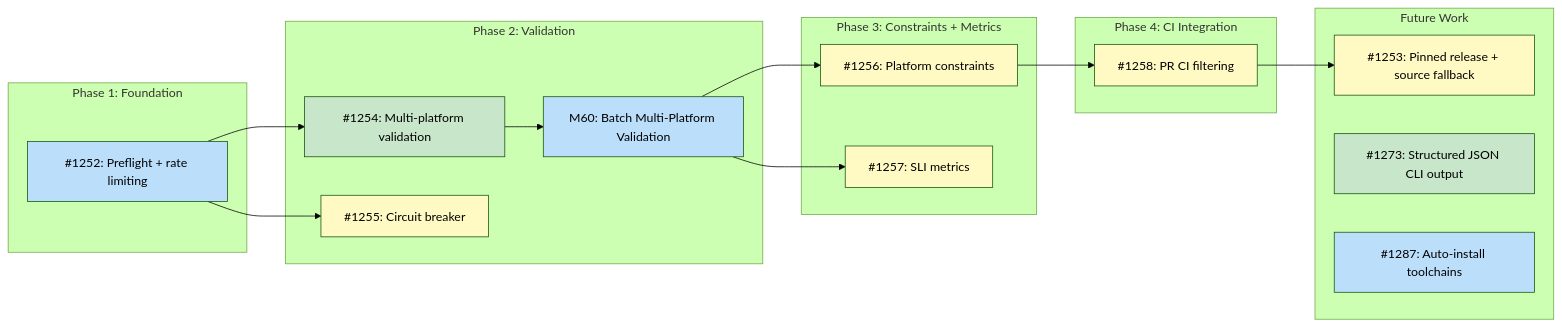
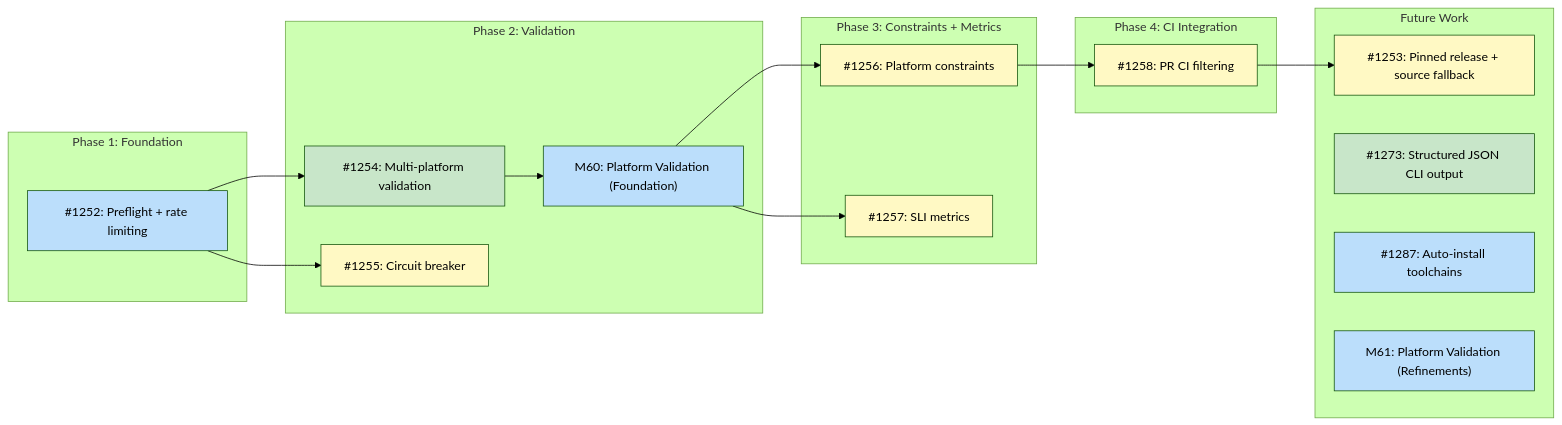
Before and after one commit to tsukumogami/tsuku: the diagram in docs/designs/DESIGN-batch-recipe-generation.md, drawn with Mermaid (forest theme). The commit also changed other lines of this file and 2 other files, not shown here.

Commit message:
ci(batch): add failure JSONL, skipped handling, and platform summaries to merge job (#1335)
Add structured failure recording, skipped-status handling, and detailed
PR body generation to the batch-generate merge job. The merge job now
writes platform failures to `data/failures/<eco>.jsonl` with categorized
exit codes (deterministic, network, timeout), treats `status: "skipped"`
entries as neutral when deriving platform constraints, and generates a
PR
body with per-platform pass/fail counts and constraint explanations.

Also adds a placeholder download for the generation-environment
validation
artifact (#1324), and splits M60 into foundation and refinements
milestones
in both design docs.

````diff
--- a/docs/designs/DESIGN-batch-recipe-generation.md
+++ b/docs/designs/DESIGN-batch-recipe-generation.md
@@ -32,47 +32,48 @@
 ```mermaid
 graph LR
     subgraph Phase1["Phase 1: Foundation"]
         I1252["#1252: Preflight + rate limiting"]
     end
 
     subgraph Phase2["Phase 2: Validation"]
         I1254["#1254: Multi-platform validation"]
         I1255["#1255: Circuit breaker"]
-        M60["M60: Batch Multi-Platform Validation"]
+        M60["M60: Platform Validation (Foundation)"]
     end
 
     subgraph Phase3["Phase 3: Constraints + Metrics"]
         I1256["#1256: Platform constraints"]
         I1257["#1257: SLI metrics"]
     end
 
     subgraph Phase4["Phase 4: CI Integration"]
         I1258["#1258: PR CI filtering"]
     end
 
     subgraph Future["Future Work"]
         I1253["#1253: Pinned release + source fallback"]
         I1273["#1273: Structured JSON CLI output"]
         I1287["#1287: Auto-install toolchains"]
+        M61["M61: Platform Validation (Refinements)"]
     end
 
     I1252 --> I1254
     I1252 --> I1255
     I1254 --> M60
     M60 --> I1256
     M60 --> I1257
     I1256 --> I1258
     I1258 --> I1253
 
     classDef done fill:#c8e6c9
     classDef ready fill:#bbdefb
     classDef blocked fill:#fff9c4
     classDef needsDesign fill:#e1bee7
 
     class I1252 ready
     class I1253 blocked
     class I1254,I1273 done
-    class I1287 ready
+    class I1252,I1287,M61 ready
     class M60 ready
     class I1255,I1256,I1257,I1258 blocked
 ```
````
